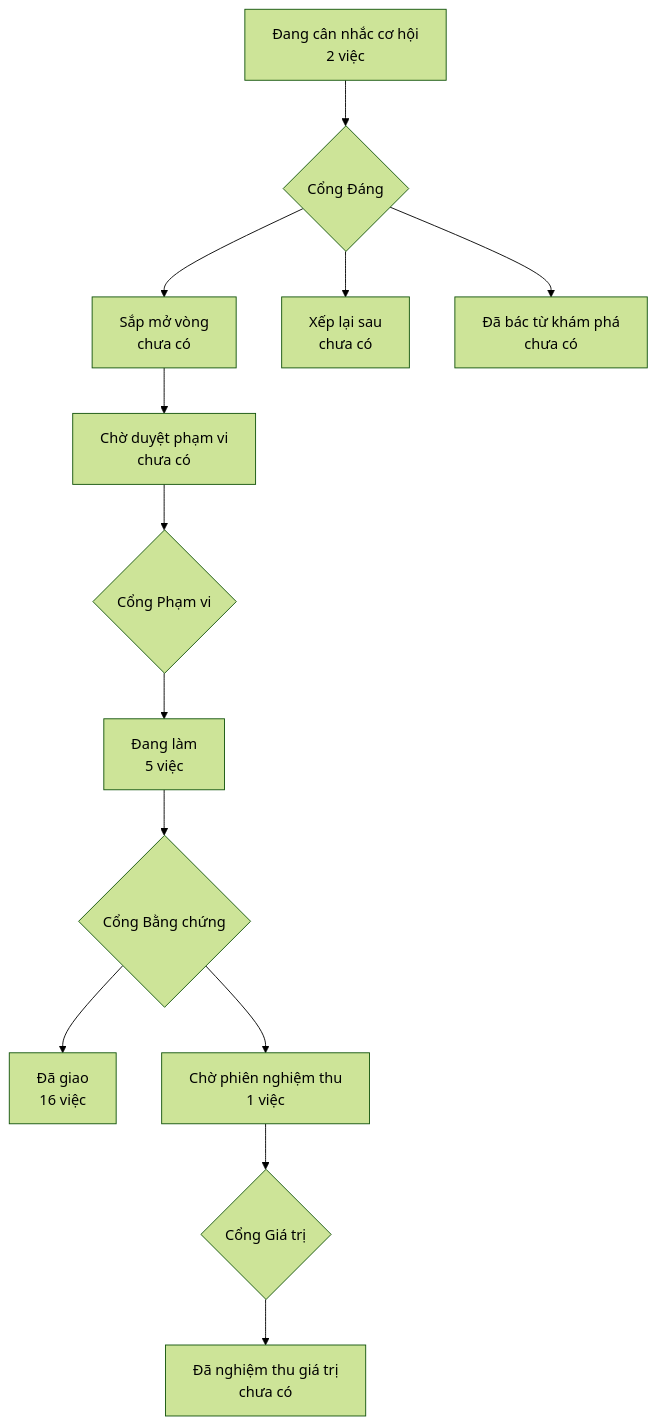
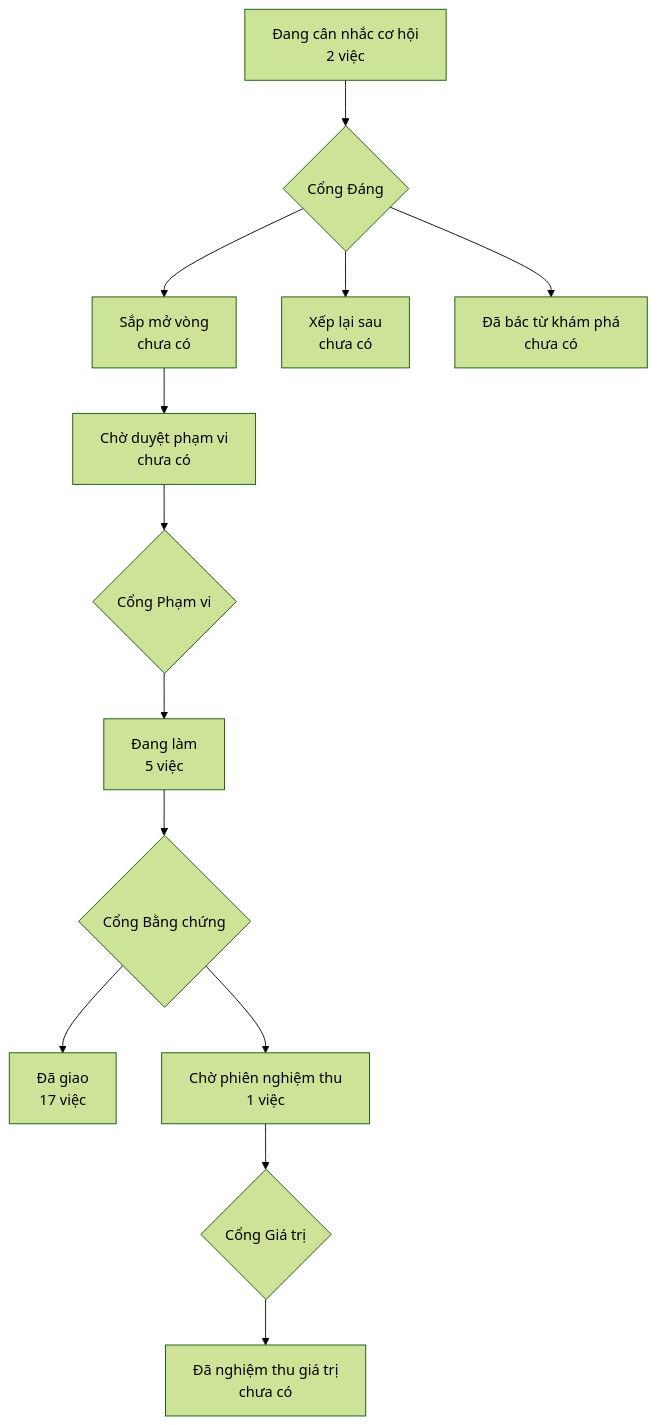
One commit to phanlemanh/crm-onehub changed the diagram in PRODUCT-MAP.md. Above: the diagram before and after it, drawn with Mermaid (forest theme). The commit also changed other lines of this file and 3 other files, not shown here.

````diff
--- a/PRODUCT-MAP.md
+++ b/PRODUCT-MAP.md
@@ -6,12 +6,12 @@
 ```mermaid
 flowchart TD
   A["Đang cân nhắc cơ hội<br/>2 việc"] --> GD{"Cổng Đáng"}
   GD --> B["Sắp mở vòng<br/>chưa có"]
   GD --> XL["Xếp lại sau<br/>chưa có"]
   GD --> DB["Đã bác từ khám phá<br/>chưa có"]
   B --> CD["Chờ duyệt phạm vi<br/>chưa có"] --> GP{"Cổng Phạm vi"}
   GP --> DL["Đang làm<br/>5 việc"] --> GB{"Cổng Bằng chứng"}
-  GB --> DG["Đã giao<br/>16 việc"]
+  GB --> DG["Đã giao<br/>17 việc"]
   GB --> CN["Chờ phiên nghiệm thu<br/>1 việc"] --> GG{"Cổng Giá trị"}
   GG --> NT["Đã nghiệm thu giá trị<br/>chưa có"]
 ```
````
